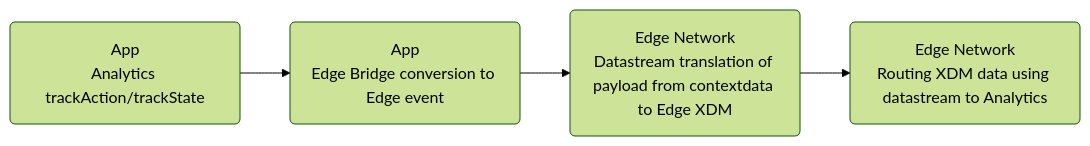
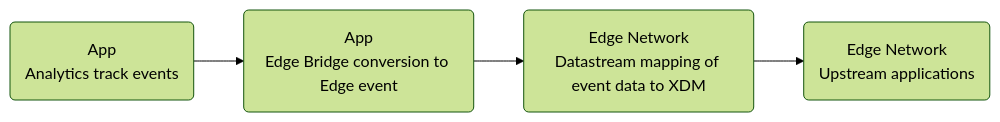
Before and after one commit to adobe/aepsdk-edgebridge-ios: the second of 2 diagrams in Documentation/tutorials/edge-bridge-tutorial.md, drawn with Mermaid (forest theme). The commit also changed other lines of this file and 2 other files, not shown here.

Commit message:
Update diagrams and assurance images

````diff
--- a/Documentation/tutorials/edge-bridge-tutorial.md
+++ b/Documentation/tutorials/edge-bridge-tutorial.md
@@ -463,4 +463,4 @@
 ```mermaid
 graph LR;
-    step1(App<br/>Analytics trackAction/trackState) --> step2(App<br/>Edge Bridge conversion to Edge event) --> step3(Edge Network<br/>Datastream translation of payload from contextdata to Edge XDM) --> step4(Edge Network<br/>Routing XDM data using datastream to Analytics);
+    step1(App<br/>Analytics track events) --> step2(App<br/>Edge Bridge conversion to Edge event) --> step3(Edge Network<br/>Datastream mapping of event data to XDM) --> step4(Edge Network<br/>Upstream applications);
 ```
````
